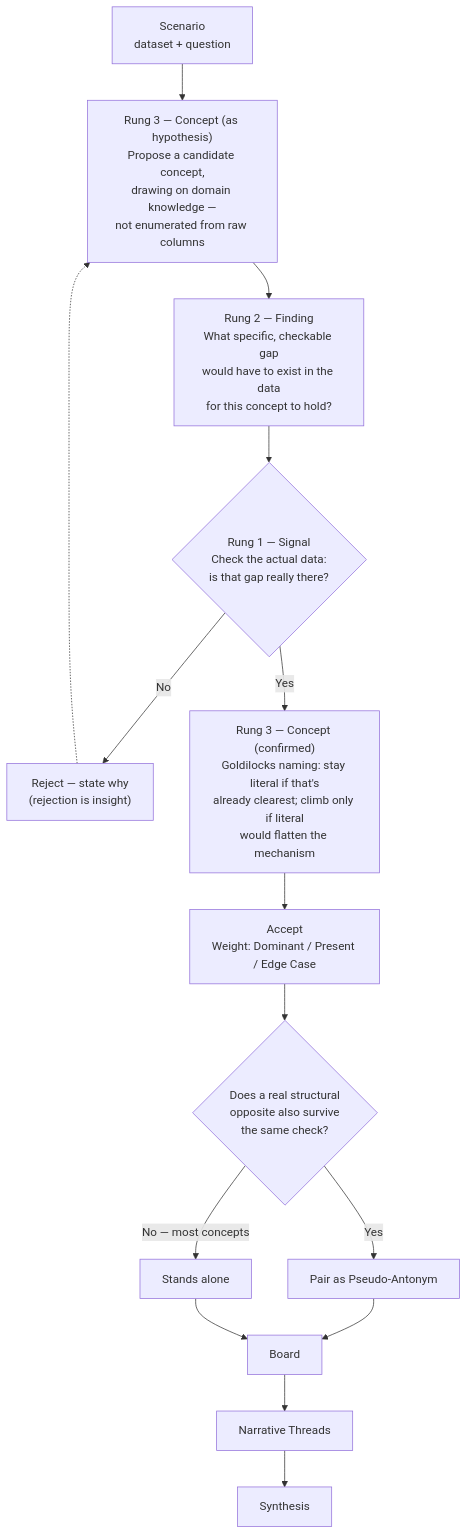
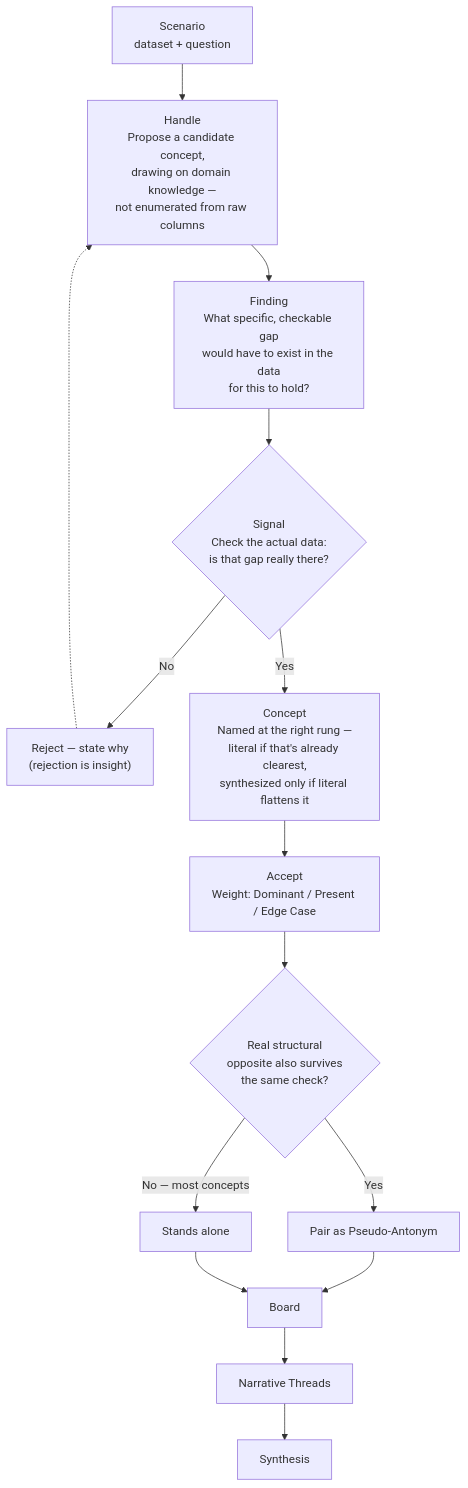
Before and after one commit to ruth257/The-Data-Board: the diagram in METHODOLOGY.md, drawn with Mermaid. The commit also changed other lines of this file, not shown here.

First line of the commit message:
docs: tighten METHODOLOGY.md and fold in the Handle/Concept split

````diff
--- a/METHODOLOGY.md
+++ b/METHODOLOGY.md
@@ -24,17 +24,17 @@
 ```mermaid
 flowchart TD
-    A["Scenario<br/>dataset + question"] --> B["Rung 3 — Concept (as hypothesis)<br/>Propose a candidate concept,<br/>drawing on domain knowledge —<br/>not enumerated from raw columns"]
-    B --> C["Rung 2 — Finding<br/>What specific, checkable gap<br/>would have to exist in the data<br/>for this concept to hold?"]
-    C --> D{"Rung 1 — Signal<br/>Check the actual data:<br/>is that gap really there?"}
+    A["Scenario<br/>dataset + question"] --> B["Handle<br/>Propose a candidate concept,<br/>drawing on domain knowledge —<br/>not enumerated from raw columns"]
+    B --> C["Finding<br/>What specific, checkable gap<br/>would have to exist in the data<br/>for this to hold?"]
+    C --> D{"Signal<br/>Check the actual data:<br/>is that gap really there?"}
     D -->|No| E["Reject — state why<br/>(rejection is insight)"]
     E -.-> B
-    D -->|Yes| F["Rung 3 — Concept (confirmed)<br/>Goldilocks naming: stay literal if that's<br/>already clearest; climb only if literal<br/>would flatten the mechanism"]
+    D -->|Yes| F["Concept<br/>Named at the right rung —<br/>literal if that's already clearest,<br/>synthesized only if literal flattens it"]
     F --> G["Accept<br/>Weight: Dominant / Present / Edge Case"]
-    G --> H{"Does a real structural<br/>opposite also survive<br/>the same check?"}
+    G --> H{"Real structural<br/>opposite also survives<br/>the same check?"}
     H -->|Yes| I["Pair as Pseudo-Antonym"]
     H -->|No — most concepts| J["Stands alone"]
     I --> K["Board"]
     J --> K["Board"]
     K --> L["Narrative Threads"]
     L --> M["Synthesis"]
 ```
````
